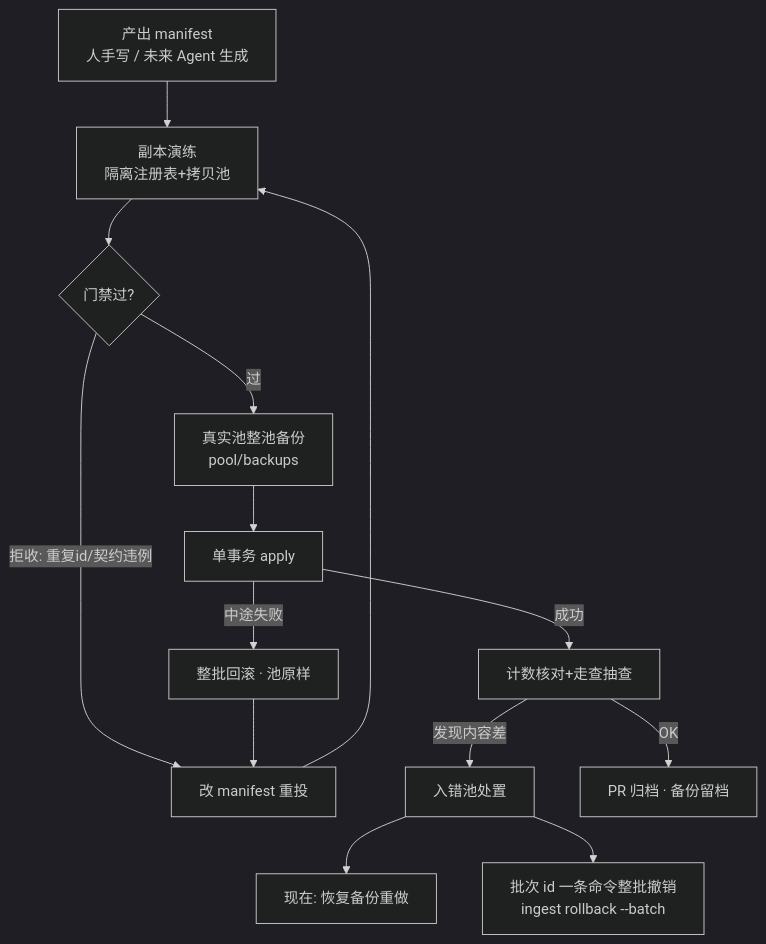
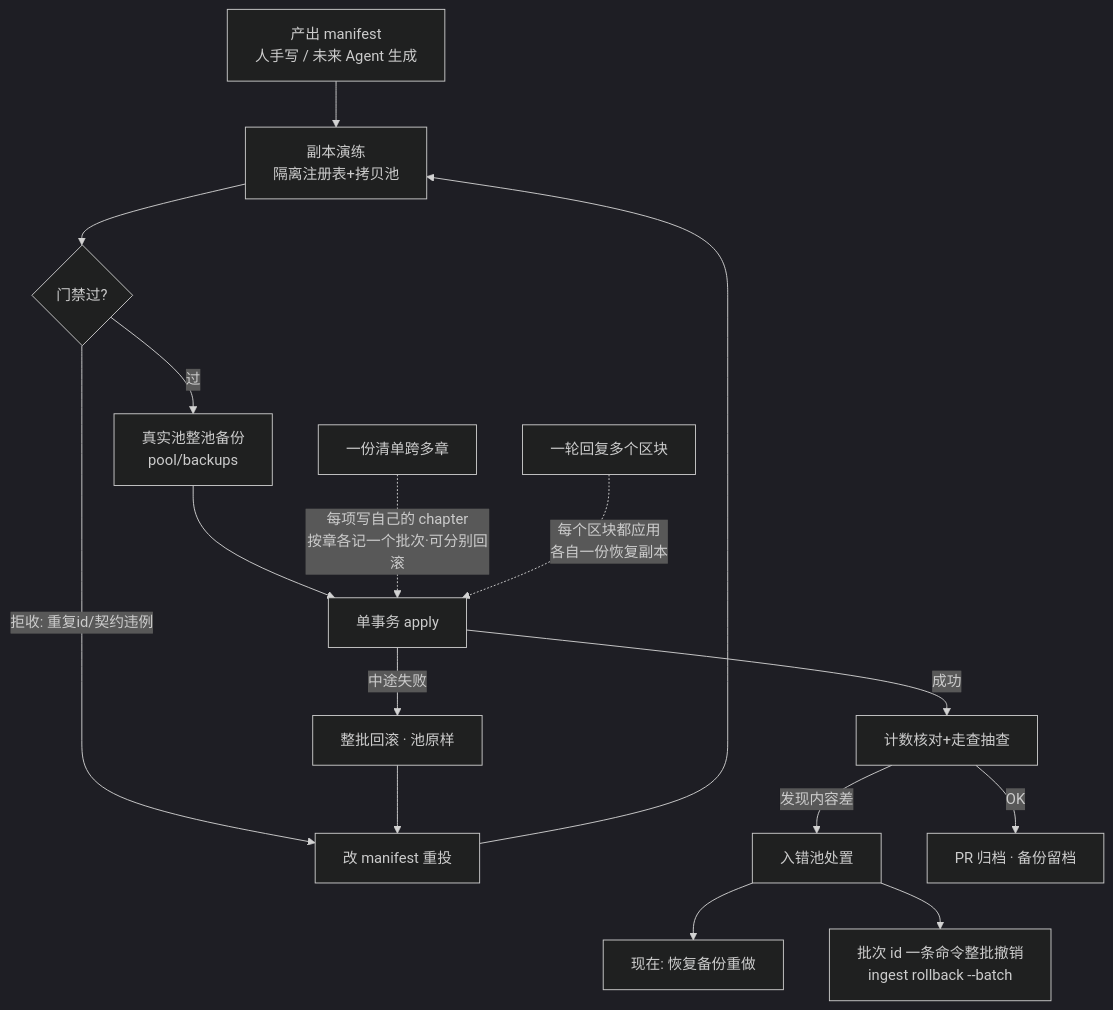
The second of 6 diagrams in docs/action-graph/L4-workflows.md (Amazinnn/Lesson-Kit), drawn with Mermaid (dark theme) before and after one commit. The commit also changed other lines of this file and 101 other files, not shown here.

````diff
--- a/docs/action-graph/L4-workflows.md
+++ b/docs/action-graph/L4-workflows.md
@@ -50,13 +52,15 @@
 ```mermaid
 flowchart TD
   A[产出 manifest<br/>人手写 / 未来 Agent 生成] --> B[副本演练<br/>隔离注册表+拷贝池]
   B --> C{门禁过?}
   C -- 拒收: 重复id/契约违例 --> C1[改 manifest 重投] --> B
   C -- 过 --> D[真实池整池备份<br/>pool/backups]
   D --> E[单事务 apply]
   E -- 中途失败 --> E1[整批回滚 · 池原样] --> C1
   E -- 成功 --> F[计数核对+走查抽查]
   F -- 发现内容差 --> G[入错池处置] --> G1[现在: 恢复备份重做]
   G --> G2[批次 id 一条命令整批撤销<br/>ingest rollback --batch]
   F -- OK --> H[PR 归档 · 备份留档]
+  Y1[一份清单跨多章] -.每项写自己的 chapter<br/>按章各记一个批次·可分别回滚.-> E
+  Y2[一轮回复多个区块] -.每个区块都应用<br/>各自一份恢复副本.-> E
 ```
````
